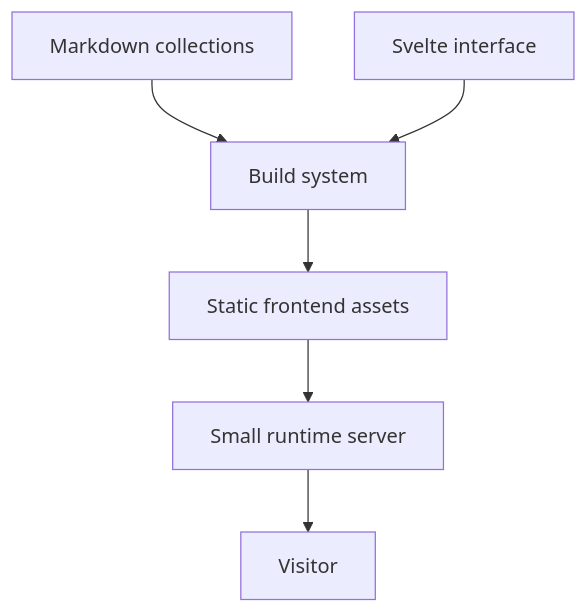
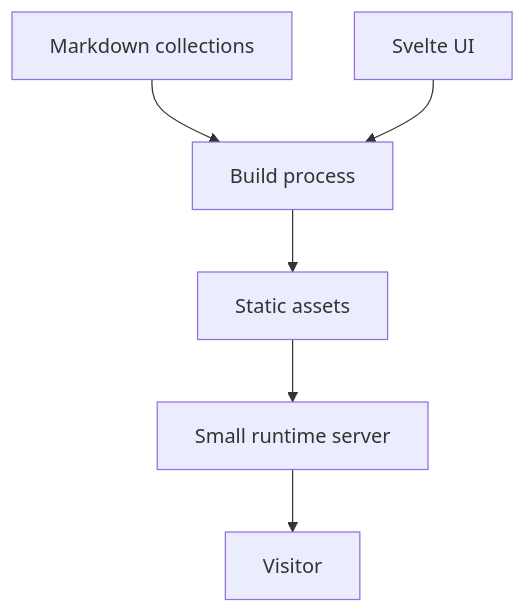
The third of 3 diagrams in frontend/content/projects/portfolio-website.md (farismnrr/portofolio), drawn with Mermaid before and after one commit. The commit also changed other lines of this file and 6 other files, not shown here.

````diff
--- a/frontend/content/projects/portfolio-website.md
+++ b/frontend/content/projects/portfolio-website.md
@@ -81,8 +135,8 @@
 ```mermaid
 flowchart TD
-    M[Markdown collections] --> B[Build system]
-    U[Svelte interface] --> B
-    B --> S[Static frontend assets]
-    S --> R[Small runtime server]
-    R --> V[Visitor]
+    M[Markdown collections] --> B[Build process]
+    S[Svelte UI] --> B
+    B --> A[Static assets]
+    A --> R[Small runtime server]
+    R --> U[Visitor]
 ```
````
